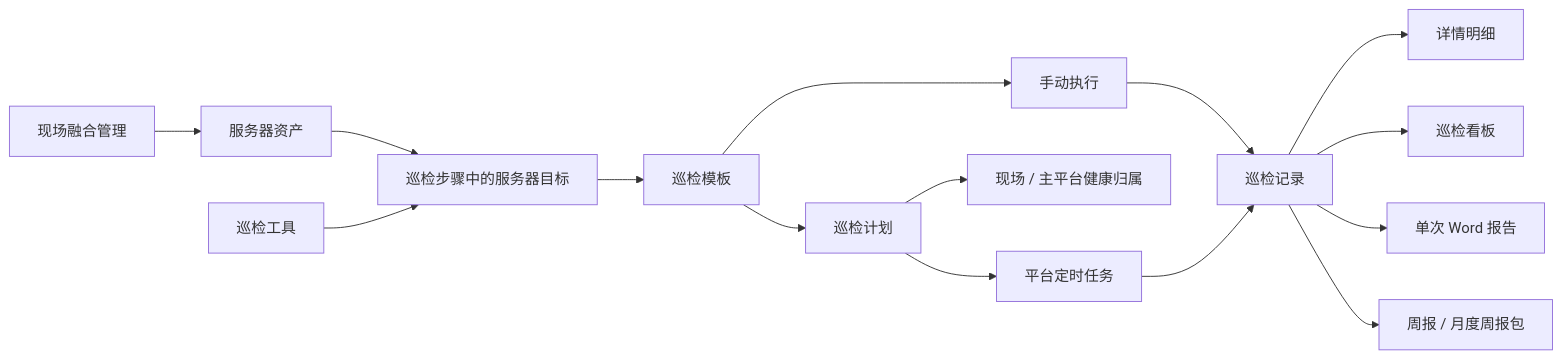
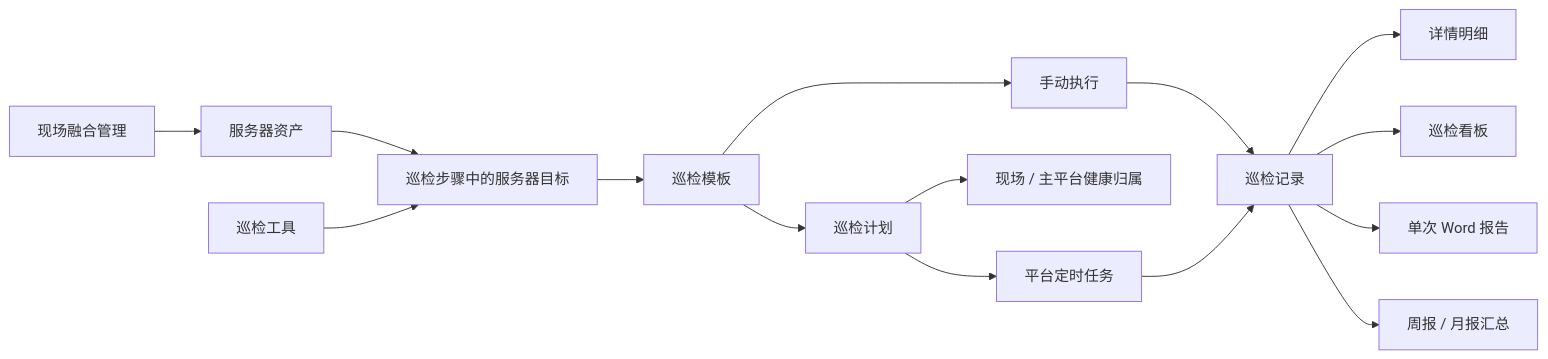
One commit to krizen97-sz/wjdatafusion changed the diagram in WDF100.0/doc/自动化巡检功能操作手册.md. Above: the diagram before and after it, drawn with Mermaid. The commit also changed other lines of this file and 10 other files, not shown here.

First line of the commit message:
feat(auto-inspection): concise charted weekly and monthly reports v4.17.2

````diff
--- a/WDF100.0/doc/自动化巡检功能操作手册.md
+++ b/WDF100.0/doc/自动化巡检功能操作手册.md
@@ -36,17 +36,17 @@
 ```mermaid
 flowchart LR
   A["现场融合管理"] --> B["服务器资产"]
   B --> C["巡检步骤中的服务器目标"]
   D["巡检工具"] --> C
   C --> E["巡检模板"]
   E --> F["手动执行"]
   E --> G["巡检计划"]
   G --> N["现场 / 主平台健康归属"]
   G --> H["平台定时任务"]
   F --> I["巡检记录"]
   H --> I
   I --> J["详情明细"]
   I --> K["巡检看板"]
   I --> L["单次 Word 报告"]
-  I --> M["周报 / 月度周报包"]
+  I --> M["周报 / 月报汇总"]
 ```
````
